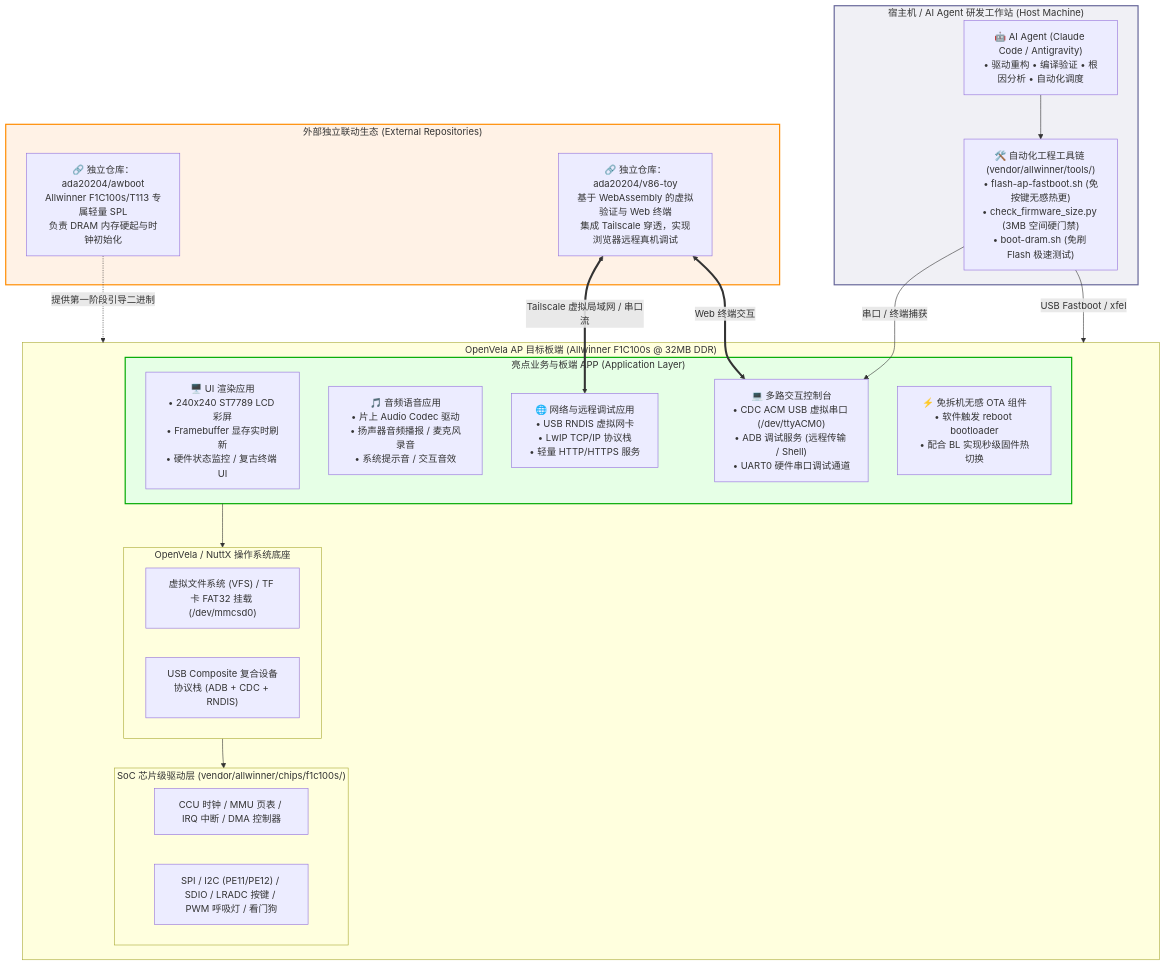
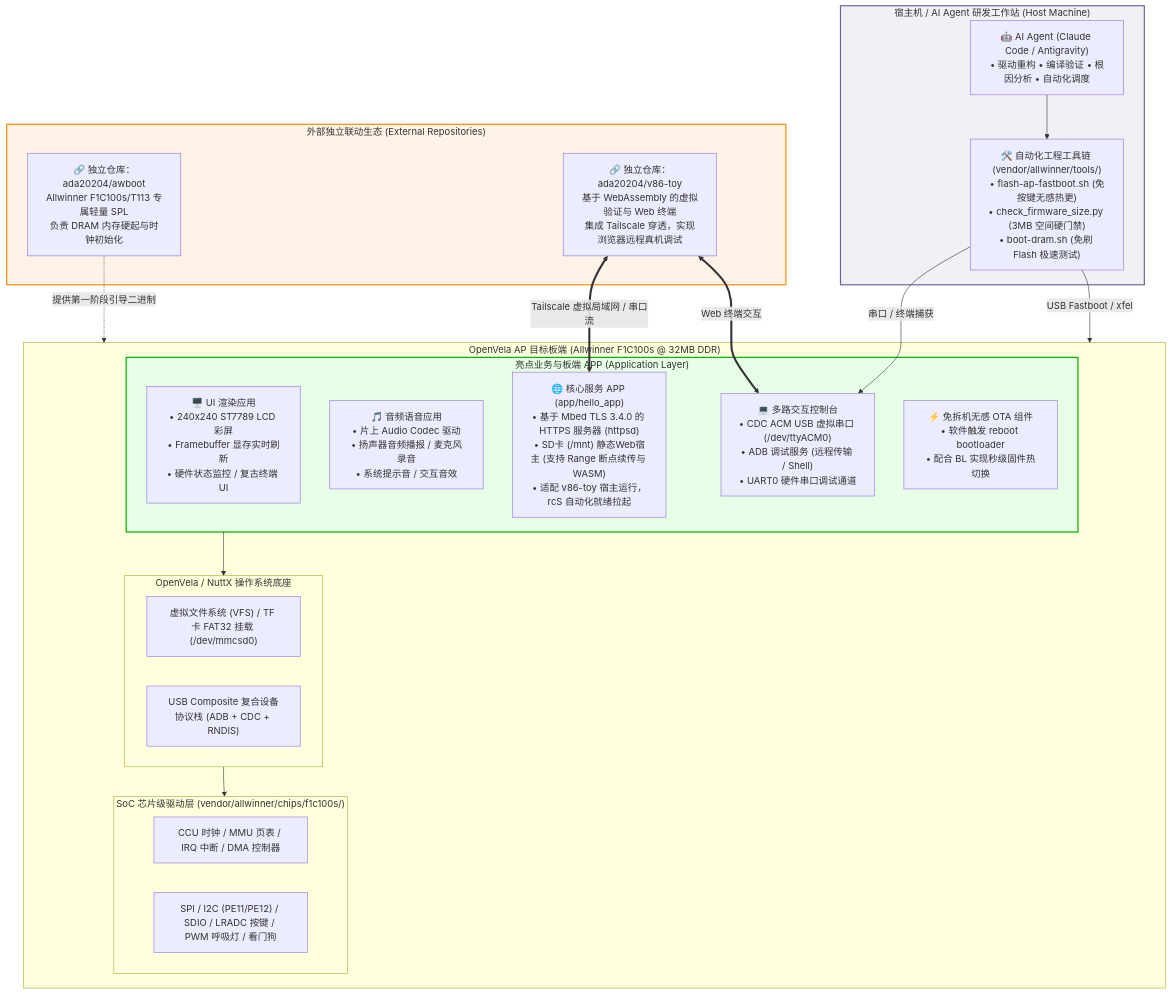
The second of 3 diagrams in README.md (open-vela/contest2026_499_buzhaojideINTP), drawn with Mermaid before and after one commit. The commit also changed 10 other files, not shown here.

Commit message:
feat(app): add F1C100s HTTPS web service to hello_app and link with nsh-net

````diff
--- a/README.md
+++ b/README.md
@@ -100,46 +100,46 @@
 ```mermaid
 graph TB
     subgraph Host["宿主机 / AI Agent 研发工作站 (Host Machine)"]
         Agent["🤖 AI Agent (Claude Code / Antigravity)<br/>• 驱动重构 • 编译验证 • 根因分析 • 自动化调度"]
         Tools["🛠️ 自动化工程工具链 (vendor/allwinner/tools/)<br/>• flash-ap-fastboot.sh (免按键无感热更)<br/>• check_firmware_size.py (3MB 空间硬门禁)<br/>• boot-dram.sh (免刷 Flash 极速测试)"]
         Agent --> Tools
     end
 
     subgraph ExtRepos["外部独立联动生态 (External Repositories)"]
         AWBOOT["🔗 独立仓库：ada20204/awboot<br/>Allwinner F1C100s/T113 专属轻量 SPL<br/>负责 DRAM 内存硬起与时钟初始化"]
         V86["🔗 独立仓库：ada20204/v86-toy<br/>基于 WebAssembly 的虚拟验证与 Web 终端<br/>集成 Tailscale 穿透，实现浏览器远程真机调试"]
     end
 
     subgraph Board["OpenVela AP 目标板端 (Allwinner F1C100s @ 32MB DDR)"]
         subgraph Apps["亮点业务与板端 APP (Application Layer)"]
             APP_UI["🖥️ UI 渲染应用<br/>• 240x240 ST7789 LCD 彩屏<br/>• Framebuffer 显存实时刷新<br/>• 硬件状态监控 / 复古终端 UI"]
             APP_AUDIO["🎵 音频语音应用<br/>• 片上 Audio Codec 驱动<br/>• 扬声器音频播报 / 麦克风录音<br/>• 系统提示音 / 交互音效"]
-            APP_NET["🌐 网络与远程调试应用<br/>• USB RNDIS 虚拟网卡<br/>• LwIP TCP/IP 协议栈<br/>• 轻量 HTTP/HTTPS 服务"]
+            APP_NET["🌐 核心服务 APP (app/hello_app)<br/>• 基于 Mbed TLS 3.4.0 的 HTTPS 服务器 (httpsd)<br/>• SD卡 (/mnt) 静态Web宿主 (支持 Range 断点续传与 WASM)<br/>• 适配 v86-toy 宿主运行，rcS 自动化就绪拉起"]
             APP_CONSOLE["💻 多路交互控制台<br/>• CDC ACM USB 虚拟串口 (/dev/ttyACM0)<br/>• ADB 调试服务 (远程传输 / Shell)<br/>• UART0 硬件串口调试通道"]
             APP_OTA["⚡ 免拆机无感 OTA 组件<br/>• 软件触发 reboot bootloader<br/>• 配合 BL 实现秒级固件热切换"]
         end
 
         subgraph OS["OpenVela / NuttX 操作系统底座"]
             VFS["虚拟文件系统 (VFS) / TF 卡 FAT32 挂载 (/dev/mmcsd0)"]
             USB_STACK["USB Composite 复合设备协议栈 (ADB + CDC + RNDIS)"]
         end
 
         subgraph Drivers["SoC 芯片级驱动层 (vendor/allwinner/chips/f1c100s/)"]
             DRV_CORE["CCU 时钟 / MMU 页表 / IRQ 中断 / DMA 控制器"]
             DRV_PERIPH["SPI / I2C (PE11/PE12) / SDIO / LRADC 按键 / PWM 呼吸灯 / 看门狗"]
         end
     end
 
     %% 联动关系
     Tools -- "USB Fastboot / xfel" --> Board
     Tools -- "串口 / 终端捕获" --> APP_CONSOLE
     AWBOOT -.->|"提供第一阶段引导二进制"| Board
     V86 <== "Tailscale 虚拟局域网 / 串口流" ==> APP_NET
     V86 <== "Web 终端交互" ==> APP_CONSOLE
     Apps --> OS
     OS --> Drivers
 
     style ExtRepos fill:#fff2e6,stroke:#ff8c00,stroke-width:2px
     style Apps fill:#e6ffe6,stroke:#00aa00,stroke-width:2px
     style Host fill:#f0f0f5,stroke:#666699,stroke-width:2px
 ```
````
